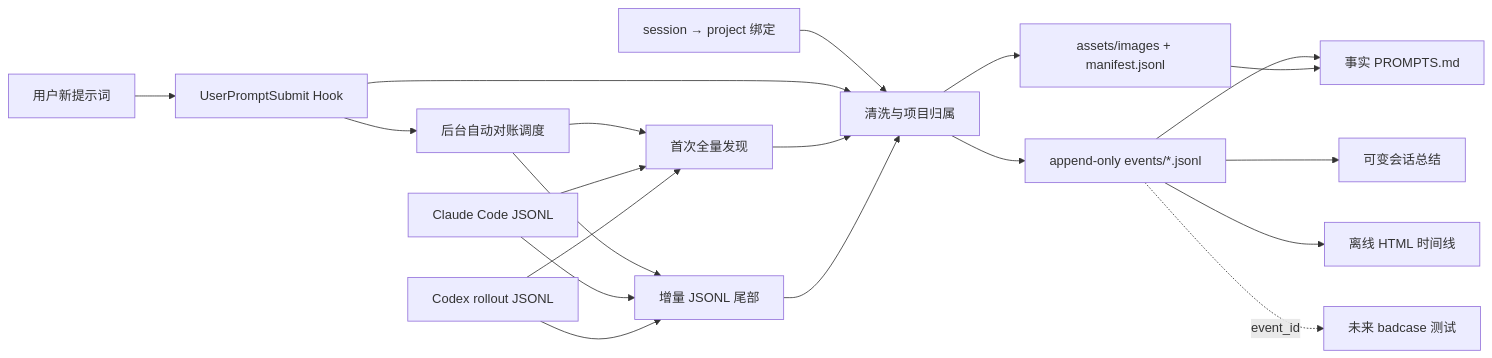
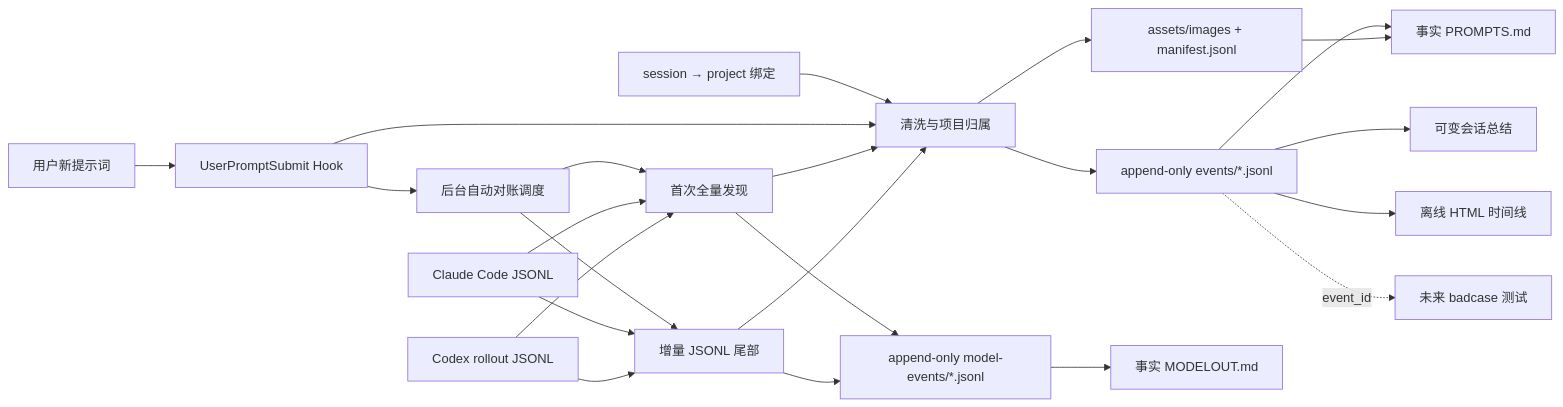
The diagram in README.md (24kchengYe/prompt-harness), drawn with Mermaid before and after one commit. The commit also changed other lines of this file and 13 other files, not shown here.

````diff
--- a/README.md
+++ b/README.md
@@ -56,22 +57,25 @@
 ```mermaid
 flowchart LR
   U["用户新提示词"] --> H["UserPromptSubmit Hook"]
   BIND["session → project 绑定"] --> N
   H --> D["后台自动对账调度"]
   D --> B["首次全量发现"]
   D --> J["增量 JSONL 尾部"]
   C["Claude Code JSONL"] --> B
   X["Codex rollout JSONL"] --> B
   C --> J
   X --> J
   H --> N["清洗与项目归属"]
   B --> N
   J --> N
   N --> E["append-only events/*.jsonl"]
+  B --> O["append-only model-events/*.jsonl"]
+  J --> O
   N --> A["assets/images + manifest.jsonl"]
   E --> M["事实 PROMPTS.md"]
+  O --> MO["事实 MODELOUT.md"]
   A --> M
   E --> S["可变会话总结"]
   E --> V["离线 HTML 时间线"]
   E -. "event_id" .-> Q["未来 badcase 测试"]
 ```
````
